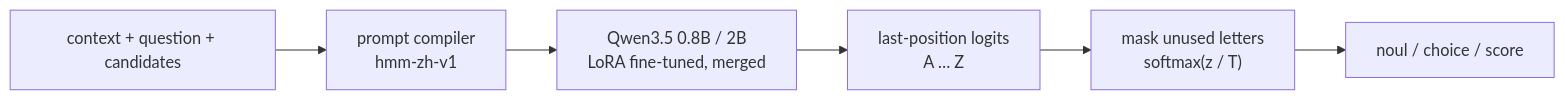
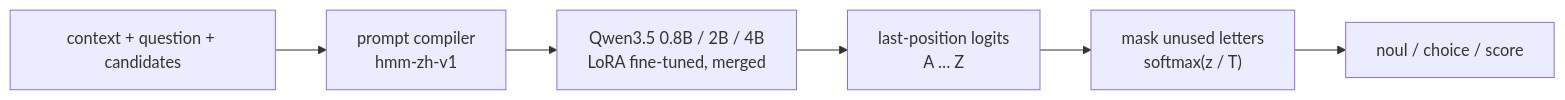
The diagram in README_EN.md (yanqiangmiffy/chinese-decision), drawn with Mermaid before and after one commit. The commit also changed other lines of this file and 10 other files, not shown here.

````diff
--- a/README_EN.md
+++ b/README_EN.md
@@ -94,8 +96,8 @@
 ```mermaid
 flowchart LR
     A["context + question + candidates"] --> B["prompt compiler<br/>hmm-zh-v1"]
-    B --> C["Qwen3.5 0.8B / 2B<br/>LoRA fine-tuned, merged"]
+    B --> C["Qwen3.5 0.8B / 2B / 4B<br/>LoRA fine-tuned, merged"]
     C --> D["last-position logits<br/>A … Z"]
     D --> E["mask unused letters<br/>softmax(z / T)"]
     E --> F["noul / choice / score"]
 ```
````
